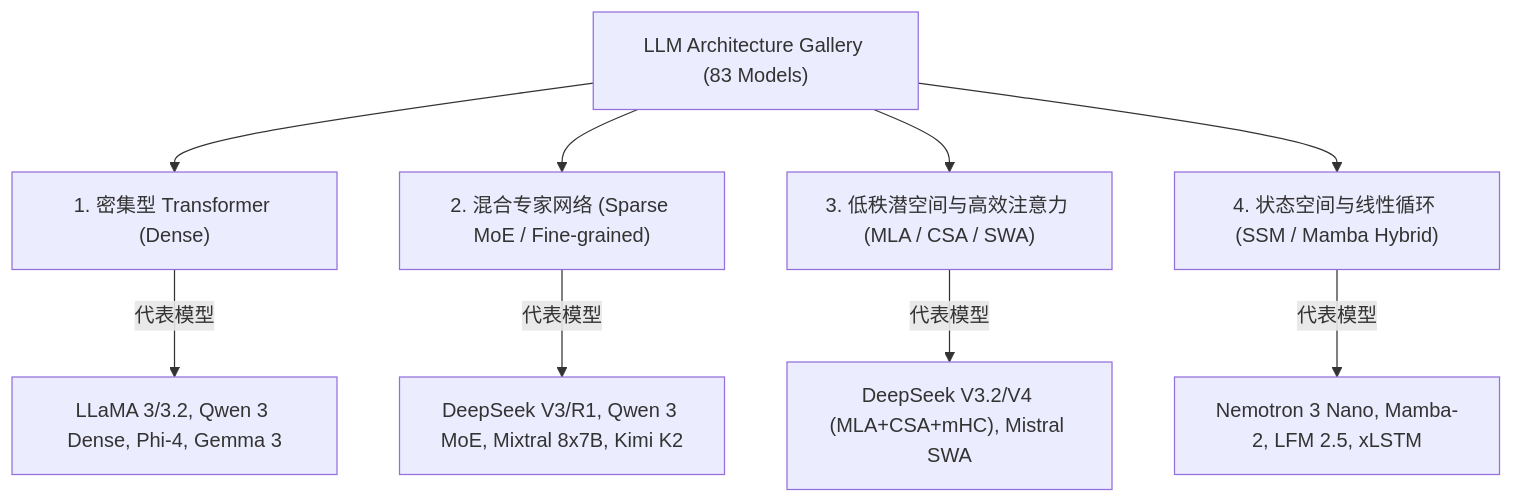
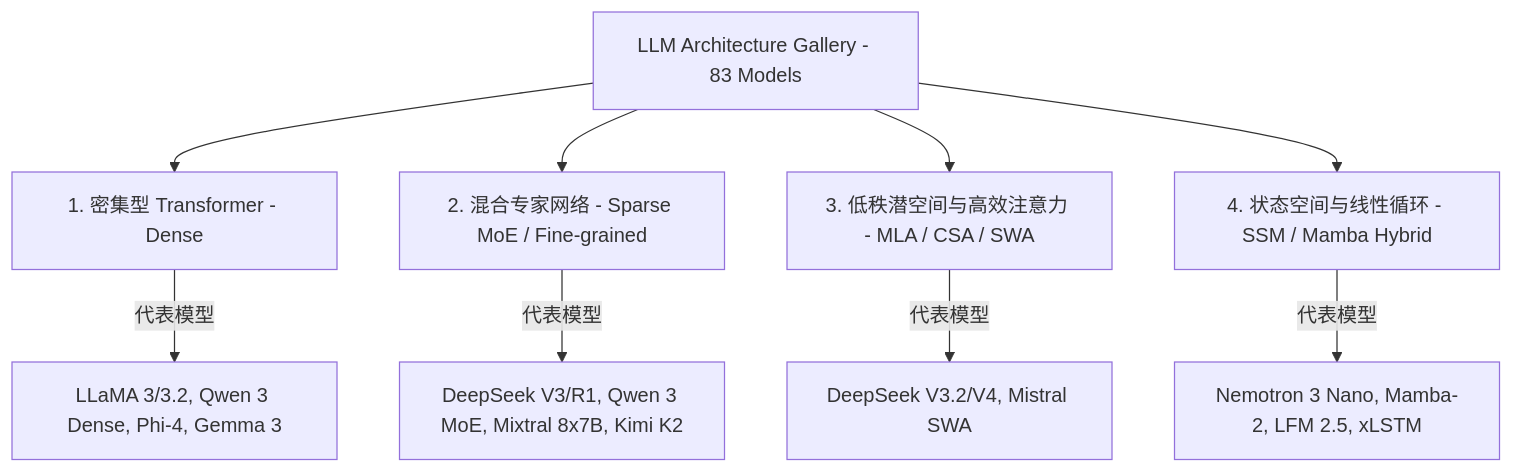
The first of 2 diagrams in Feynman/docs/LLM_Architecture_Gallery_FDIR_Plan_ZH.md (hy-wu/newAI), drawn with Mermaid before and after one commit. The commit also changed other lines of this file and 1 other file, not shown here.

Commit message:
fix(docs): replace gantt diagram with flowchart LR and Markdown table in LLM_Architecture_Gallery_FDIR_Plan_ZH.md for universal rendering support

````diff
--- a/Feynman/docs/LLM_Architecture_Gallery_FDIR_Plan_ZH.md
+++ b/Feynman/docs/LLM_Architecture_Gallery_FDIR_Plan_ZH.md
@@ -12,12 +12,12 @@
 ```mermaid
-graph TD
-    Gallery["LLM Architecture Gallery (83 Models)"] --> DenseT["1. 密集型 Transformer (Dense)"]
-    Gallery --> MoET["2. 混合专家网络 (Sparse MoE / Fine-grained)"]
-    Gallery --> AttnVar["3. 低秩潜空间与高效注意力 (MLA / CSA / SWA)"]
-    Gallery --> SSMHybrid["4. 状态空间与线性循环 (SSM / Mamba Hybrid)"]
+flowchart TD
+    Gallery["LLM Architecture Gallery - 83 Models"] --> DenseT["1. 密集型 Transformer - Dense"]
+    Gallery --> MoET["2. 混合专家网络 - Sparse MoE / Fine-grained"]
+    Gallery --> AttnVar["3. 低秩潜空间与高效注意力 - MLA / CSA / SWA"]
+    Gallery --> SSMHybrid["4. 状态空间与线性循环 - SSM / Mamba Hybrid"]
 
     DenseT -->|代表模型| LLaMA3["LLaMA 3/3.2, Qwen 3 Dense, Phi-4, Gemma 3"]
     MoET -->|代表模型| DeepSeekV3["DeepSeek V3/R1, Qwen 3 MoE, Mixtral 8x7B, Kimi K2"]
-    AttnVar -->|代表模型| DeepSeekV4["DeepSeek V3.2/V4 (MLA+CSA+mHC), Mistral SWA"]
+    AttnVar -->|代表模型| DeepSeekV4["DeepSeek V3.2/V4, Mistral SWA"]
     SSMHybrid -->|代表模型| Nemotron3["Nemotron 3 Nano, Mamba-2, LFM 2.5, xLSTM"]
 ```
````
